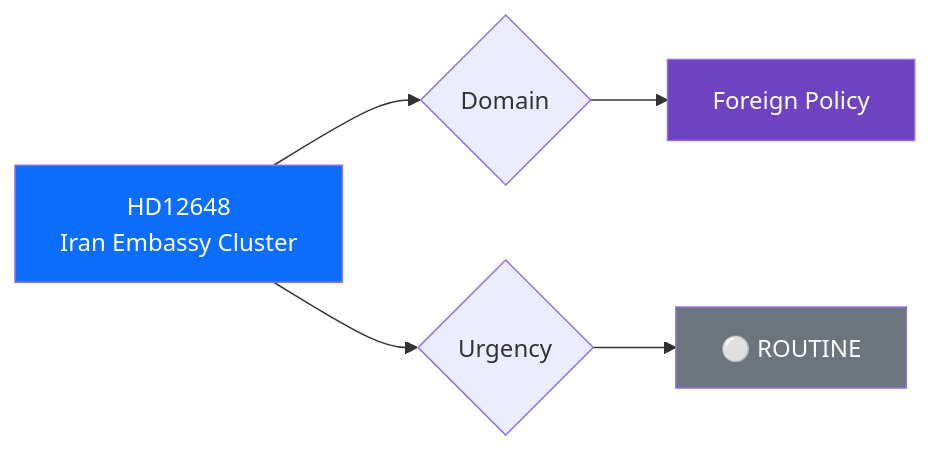
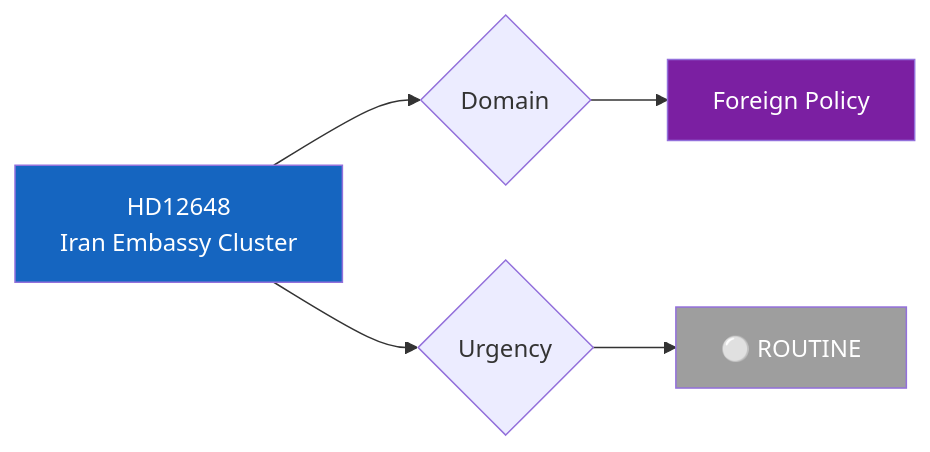
One commit to Hack23/riksdagsmonitor changed the diagram in analysis/daily/2026-04-01/documents/HD12648-analysis.md. Above: the diagram before and after it, drawn with Mermaid. The commit also changed 785 other files, not shown here.

First line of the commit message:
Normalize mermaid colors across 786 analysis artifacts to ISMS Style Guide palette

````diff
--- a/analysis/daily/2026-04-01/documents/HD12648-analysis.md
+++ b/analysis/daily/2026-04-01/documents/HD12648-analysis.md
@@ -26,11 +26,11 @@
 ```mermaid
 graph LR
     A["HD12648<br/>Iran Embassy Cluster"] --> B{Domain}
     B --> C["Foreign Policy"]
     A --> D{Urgency}
     D --> E["⚪ ROUTINE"]
     
-    style A fill:#0d6efd,color:#fff
-    style C fill:#6f42c1,color:#fff
-    style E fill:#6c757d,color:#fff
+    style A fill:#1565C0,color:#FFFFFF
+    style C fill:#7B1FA2,color:#FFFFFF
+    style E fill:#9E9E9E,color:#FFFFFF
 ```
````
